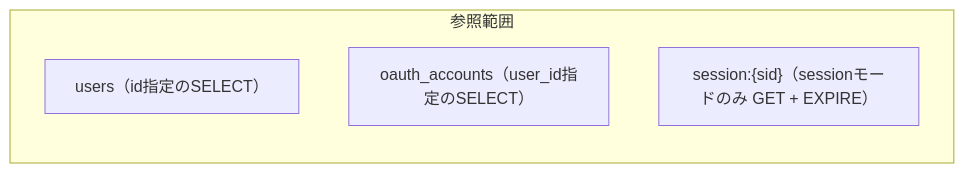
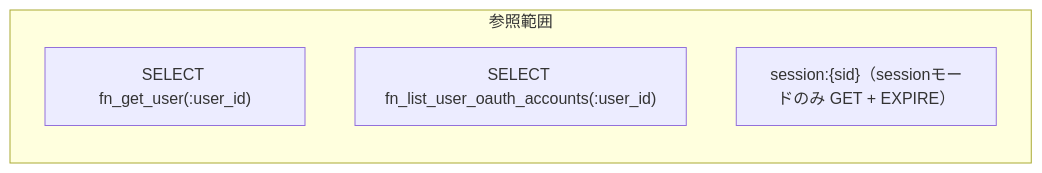
One commit to oikawa-d/task_management changed the fourth of 4 diagrams in detailed_design/api/auth/04_get_auth_me.md. Above: the diagram before and after it, drawn with Mermaid. The commit also changed other lines of this file and 58 other files, not shown here.

````diff
--- a/detailed_design/api/auth/04_get_auth_me.md
+++ b/detailed_design/api/auth/04_get_auth_me.md
@@ -251,8 +251,8 @@
 ```mermaid
 flowchart LR
     subgraph 参照範囲
-        U["users（id指定のSELECT）"]
-        O["oauth_accounts（user_id指定のSELECT）"]
+        U["SELECT fn_get_user(:user_id)"]
+        O["SELECT fn_list_user_oauth_accounts(:user_id)"]
         S["session:{sid}（sessionモードのみ GET + EXPIRE）"]
     end
 ```
````
